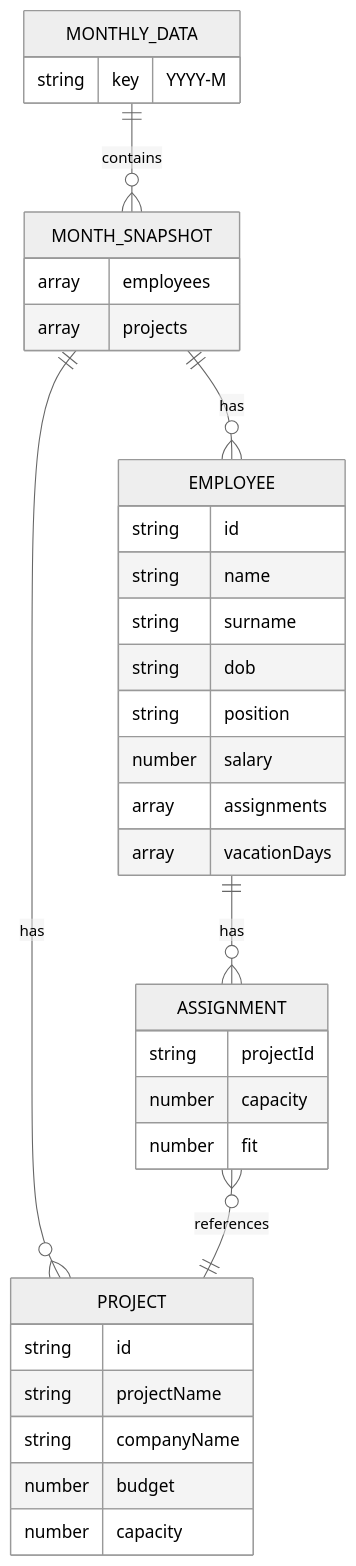
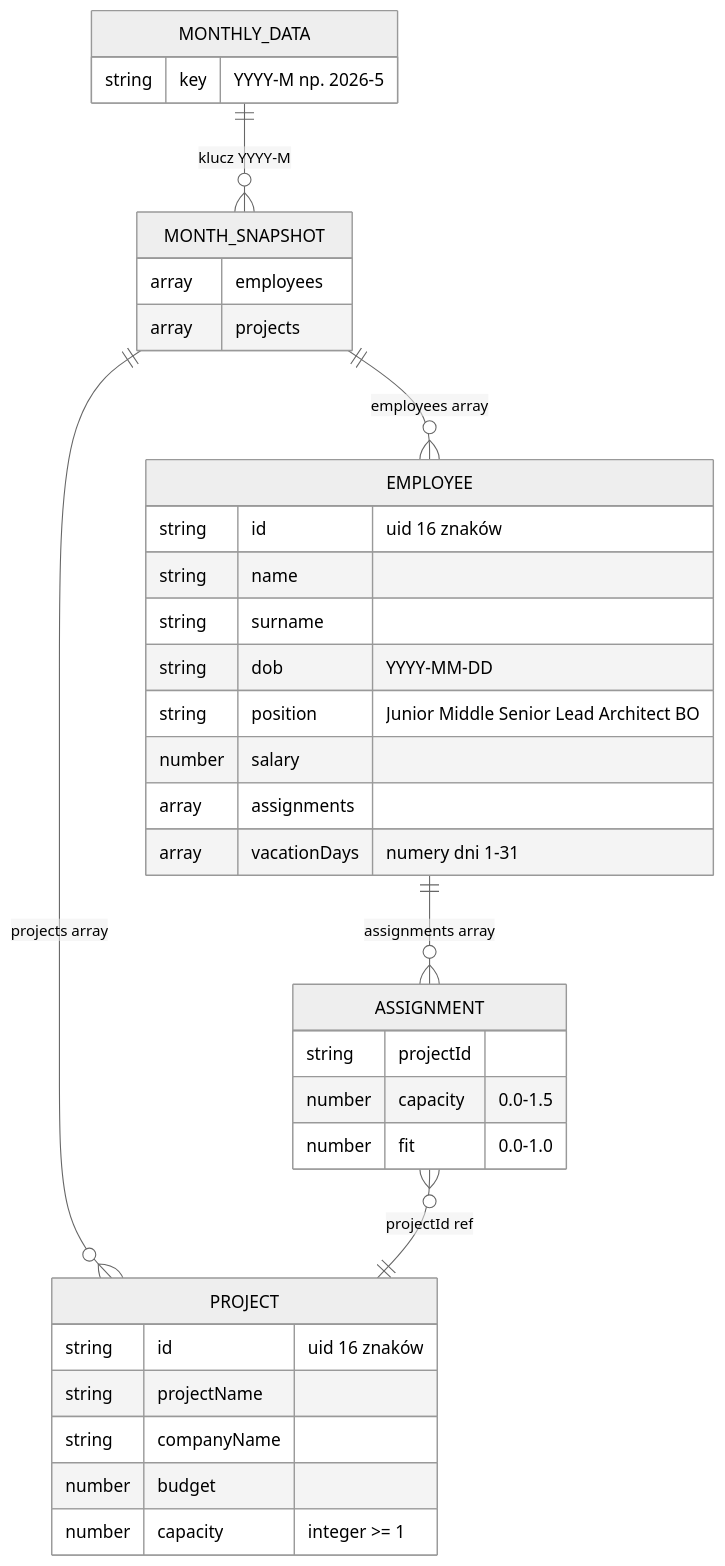
One commit to AlanKowalzky/dashboard-project changed the second of 7 diagrams in doc/etap1_mermaid.md. Above: the diagram before and after it, drawn with Mermaid (neutral theme). The commit also changed other lines of this file and 10 other files, not shown here.

Commit message:
fix: .open class for panels, CSS specificity, hidden attr, seed state swap, vacationDays guard, sort icons restore, console.log diagnostics

````diff
--- a/doc/etap1_mermaid.md
+++ b/doc/etap1_mermaid.md
@@ -23,38 +21,38 @@
 ```mermaid
 erDiagram
     MONTHLY_DATA {
-        string key "YYYY-M"
+        string key "YYYY-M np. 2026-5"
     }
     MONTH_SNAPSHOT {
         array employees
         array projects
     }
     EMPLOYEE {
-        string id
+        string id "uid 16 znaków"
         string name
         string surname
-        string dob
-        string position
+        string dob "YYYY-MM-DD"
+        string position "Junior Middle Senior Lead Architect BO"
         number salary
         array assignments
-        array vacationDays
+        array vacationDays "numery dni 1-31"
     }
     ASSIGNMENT {
         string projectId
-        number capacity
-        number fit
+        number capacity "0.0-1.5"
+        number fit "0.0-1.0"
     }
     PROJECT {
-        string id
+        string id "uid 16 znaków"
         string projectName
         string companyName
         number budget
-        number capacity
+        number capacity "integer >= 1"
     }
 
-    MONTHLY_DATA ||--o{ MONTH_SNAPSHOT : "contains"
-    MONTH_SNAPSHOT ||--o{ EMPLOYEE : "has"
-    MONTH_SNAPSHOT ||--o{ PROJECT : "has"
-    EMPLOYEE ||--o{ ASSIGNMENT : "has"
-    ASSIGNMENT }o--|| PROJECT : "references"
+    MONTHLY_DATA ||--o{ MONTH_SNAPSHOT : "klucz YYYY-M"
+    MONTH_SNAPSHOT ||--o{ EMPLOYEE : "employees array"
+    MONTH_SNAPSHOT ||--o{ PROJECT : "projects array"
+    EMPLOYEE ||--o{ ASSIGNMENT : "assignments array"
+    ASSIGNMENT }o--|| PROJECT : "projectId ref"
 ```
````
